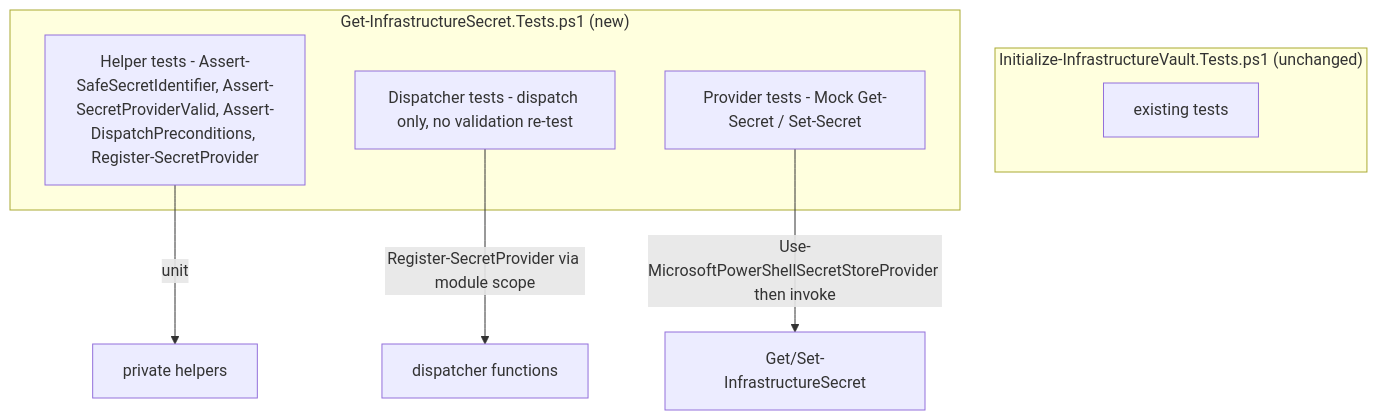
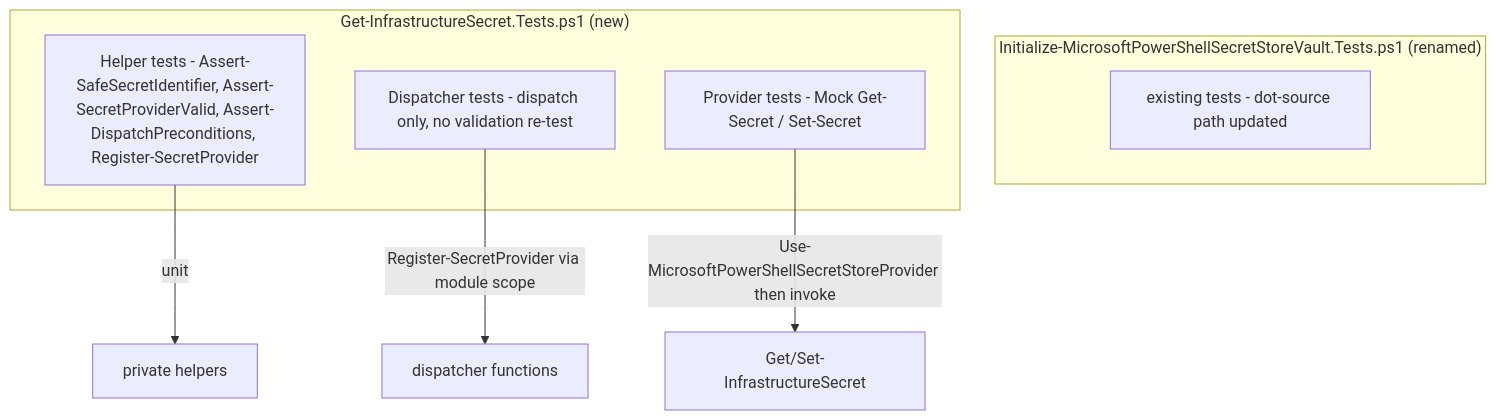
The fourth of 4 diagrams in docs/dev/implementation/01 - initial implementation/plan.md (VitaliiAndreev/Infrastructure-Secrets), drawn with Mermaid before and after one commit. The commit also changed other lines of this file, not shown here.

````diff
--- a/docs/dev/implementation/01 - initial implementation/plan.md
+++ b/docs/dev/implementation/01 - initial implementation/plan.md
@@ -268,14 +362,14 @@
 ```mermaid
 graph TD
-    subgraph Existing["Initialize-InfrastructureVault.Tests.ps1 (unchanged)"]
-        ET[existing tests]
+    subgraph Existing["Initialize-MicrosoftPowerShellSecretStoreVault.Tests.ps1 (renamed)"]
+        ET[existing tests - dot-source path updated]
     end
     subgraph New["Get-InfrastructureSecret.Tests.ps1 (new)"]
         TH[Helper tests - Assert-SafeSecretIdentifier, Assert-SecretProviderValid, Assert-DispatchPreconditions, Register-SecretProvider]
         TD[Dispatcher tests - dispatch only, no validation re-test]
         TP[Provider tests - Mock Get-Secret / Set-Secret]
     end
     TH -->|unit| PH[private helpers]
     TD -->|Register-SecretProvider via module scope| D[dispatcher functions]
     TP -->|Use-MicrosoftPowerShellSecretStoreProvider then invoke| P[Get/Set-InfrastructureSecret]
 ```
````
